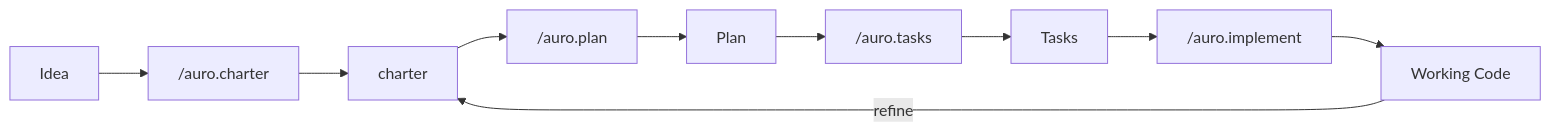
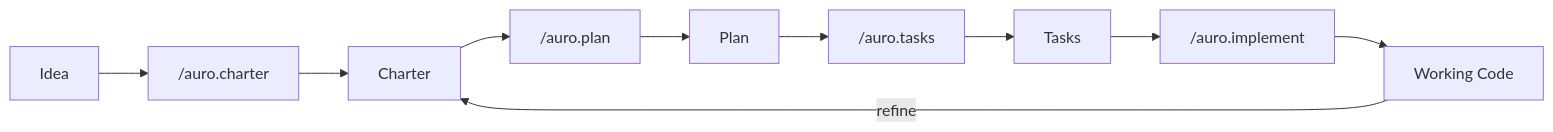
The diagram in src/content/docs/index.mdx (ParkWardRR/weekend-to-release), drawn with Mermaid before and after one commit. The commit also changed other lines of this file and 26 other files, not shown here.

Commit message:
docs: rename methodology to ACE and replace charter lexicon

````diff
--- a/src/content/docs/index.mdx
+++ b/src/content/docs/index.mdx
@@ -41,12 +41,12 @@
 ```mermaid
 flowchart LR
     A[Idea] --> B["/auro.charter"]
-    B --> C[charter]
+    B --> C[Charter]
     C --> D["/auro.plan"]
     D --> E[Plan]
     E --> F["/auro.tasks"]
     F --> G[Tasks]
     G --> H["/auro.implement"]
     H --> I[Working Code]
     I -->|refine| C
 ```
````
